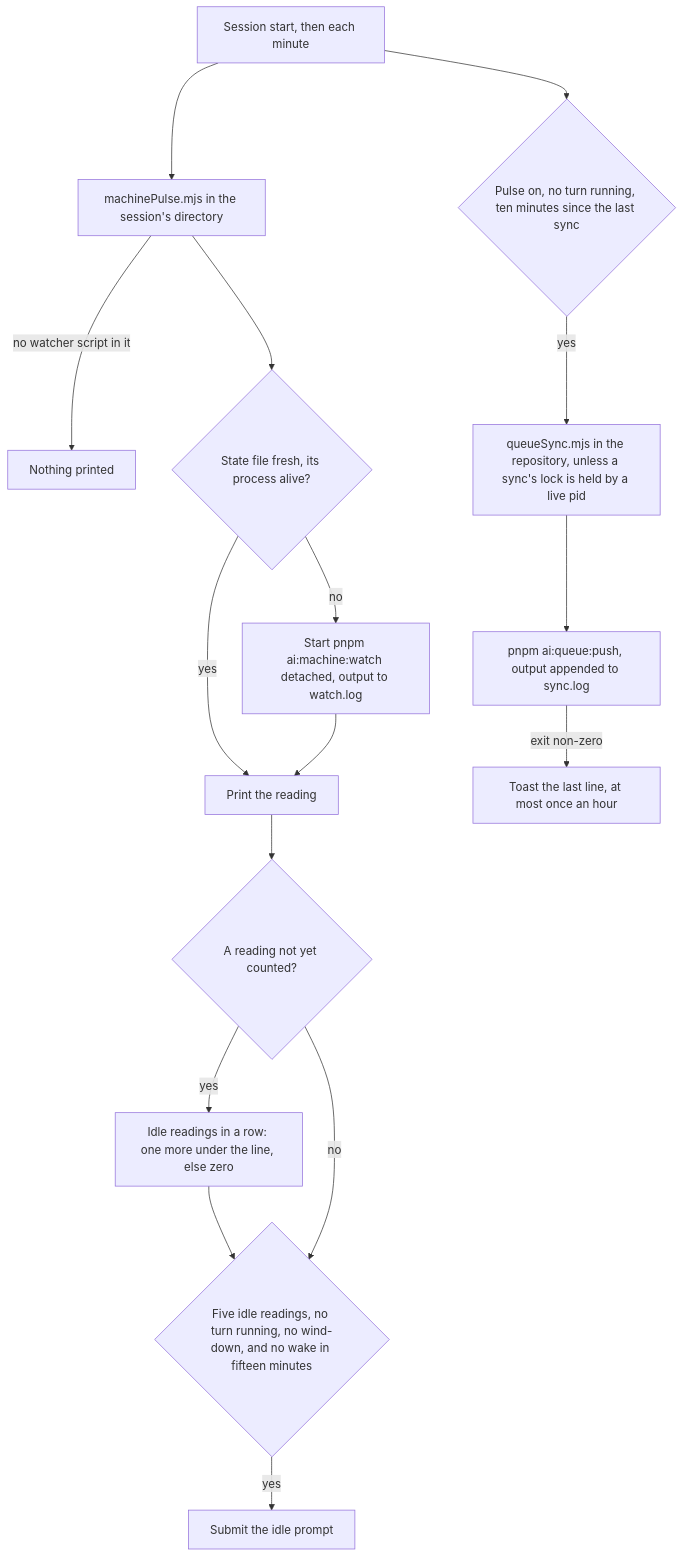
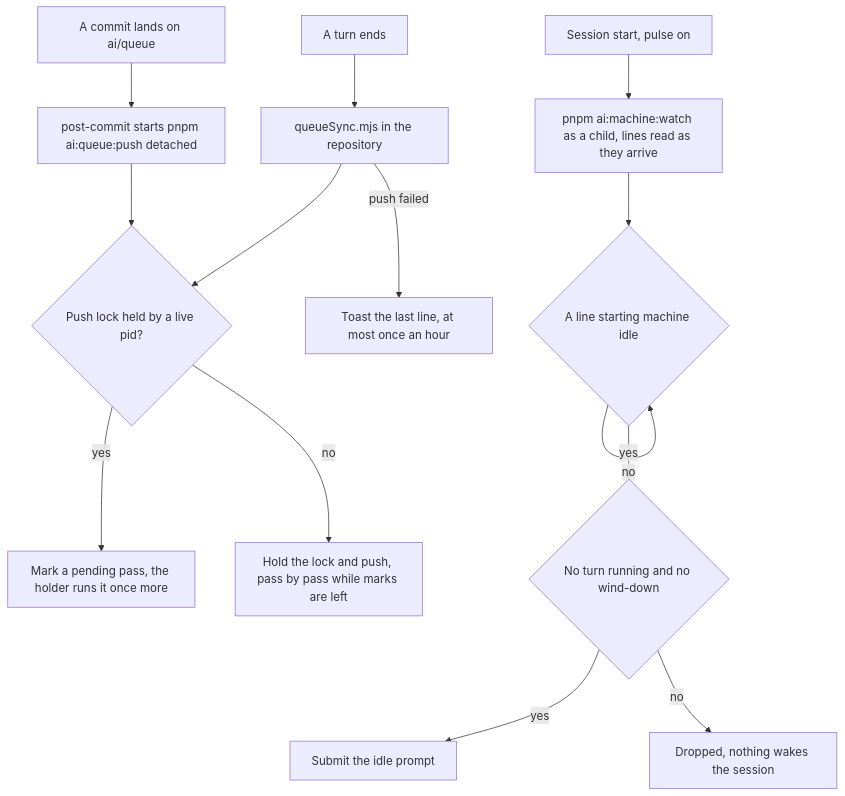
Before and after one commit to Esposter/Esposter: the diagram in apps/web/content/docs/infra/claude-interface/genshin-mods/pulse.md, drawn with Mermaid. The commit also changed other lines of this file and 34 other files, not shown here.

First line of the commit message:
feat(genshin-mods): the pulse wakes on the watcher's idle line and pushes the queue at each turn's end, and the queue push takes one lock so its triggers coalesce

````diff
--- a/apps/web/content/docs/infra/claude-interface/genshin-mods/pulse.md
+++ b/apps/web/content/docs/infra/claude-interface/genshin-mods/pulse.md
@@ -28,18 +30,16 @@
 ```mermaid
 flowchart TD
-  Tick["Session start, then each minute"] --> Script["machinePulse.mjs in the session's directory"]
-  Script -->|no watcher script in it| Silent["Nothing printed"]
-  Script --> Fresh{"State file fresh, its process alive?"}
-  Fresh -->|no| Start["Start pnpm ai:machine:watch detached, output to watch.log"]
-  Fresh -->|yes| Reading["Print the reading"]
-  Start --> Reading
-  Reading --> New{"A reading not yet counted?"}
-  New -->|yes| Count["Idle readings in a row: one more under the line, else zero"]
-  Count --> Gate{"Five idle readings, no turn running, no wind-down, and no wake in fifteen minutes"}
-  New -->|no| Gate
+  Start["Session start, pulse on"] --> Watch["pnpm ai:machine:watch as a child, lines read as they arrive"]
+  Watch --> Line{"A line starting machine idle"}
+  Line -->|no| Line
+  Line -->|yes| Gate{"No turn running and no wind-down"}
   Gate -->|yes| Wake["Submit the idle prompt"]
-  Tick --> SyncDue{"Pulse on, no turn running, ten minutes since the last sync"}
-  SyncDue -->|yes| Sync["queueSync.mjs in the repository, unless a sync's lock is held by a live pid"]
-  Sync --> Push["pnpm ai:queue:push, output appended to sync.log"]
-  Push -->|exit non-zero| Toast["Toast the last line, at most once an hour"]
+  Gate -->|no| Drop["Dropped, nothing wakes the session"]
+  Turn["A turn ends"] --> Sync["queueSync.mjs in the repository"]
+  Commit["A commit lands on ai/queue"] --> Hook["post-commit starts pnpm ai:queue:push detached"]
+  Sync --> Lock{"Push lock held by a live pid?"}
+  Hook --> Lock
+  Lock -->|yes| Pending["Mark a pending pass, the holder runs it once more"]
+  Lock -->|no| Push["Hold the lock and push, pass by pass while marks are left"]
+  Sync -->|push failed| Toast["Toast the last line, at most once an hour"]
 ```
````
